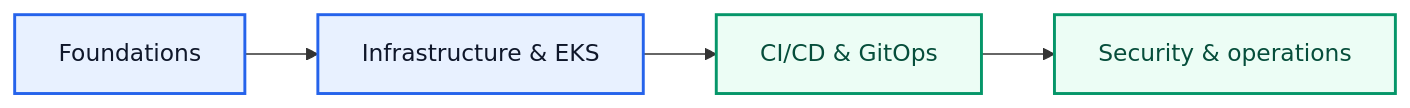
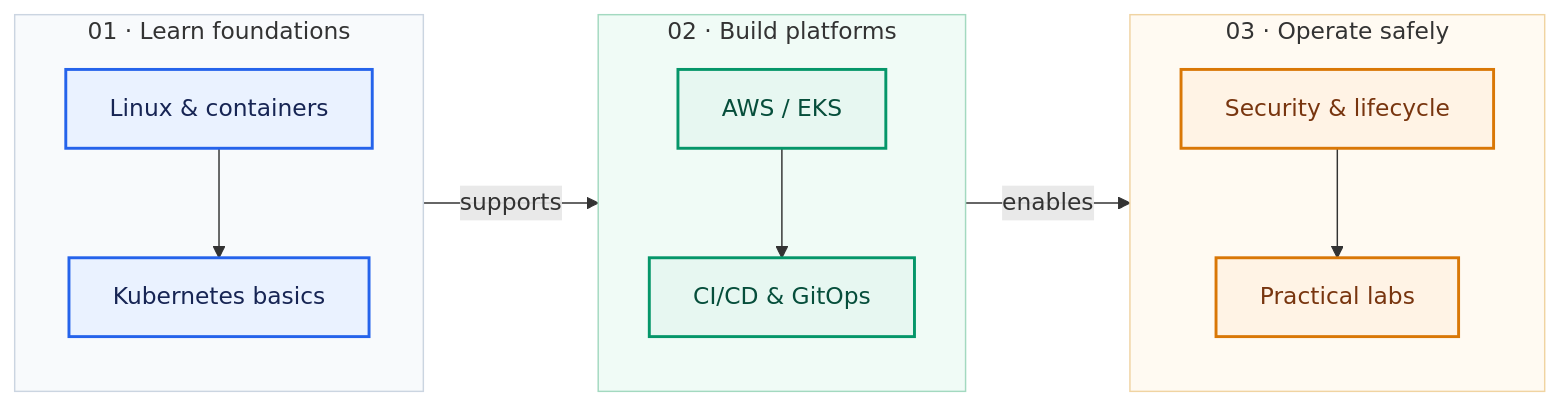
One commit to platform-engineering-labz/platform-engineering changed the diagram in book/diagram.mmd. Above: the diagram before and after it, drawn with Mermaid. The commit also changed 3 other files, not shown here.

Commit message:
docs: restructure handbook, foundations and infrastructure overview diagrams

```diff
--- a/book/diagram.mmd
+++ b/book/diagram.mmd
@@ -1,12 +1,24 @@
 flowchart LR
-  N0["Foundations"]
-  N1["Infrastructure & EKS"]
-  N0 --> N1
-  N2["CI/CD & GitOps"]
-  N1 --> N2
-  N3["Security & operations"]
-  N2 --> N3
-  classDef core fill:#E8F1FF,stroke:#2563EB,stroke-width:2px,color:#0F172A
-  classDef stage fill:#ECFDF5,stroke:#059669,stroke-width:2px,color:#064E3B
-  class N0,N1 core
-  class N2,N3 stage
+ subgraph S1["01 · Learn foundations"]
+  direction TB
+  A["Linux & containers"] --> B["Kubernetes basics"]
+ end
+ subgraph S2["02 · Build platforms"]
+  direction TB
+  C["AWS / EKS"] --> D["CI/CD & GitOps"]
+ end
+ subgraph S3["03 · Operate safely"]
+  direction TB
+  E["Security & lifecycle"] --> F["Practical labs"]
+ end
+ B -->|"supports"| C
+ D -->|"enables"| E
+ classDef blue fill:#EAF2FF,stroke:#2563EB,stroke-width:2px,color:#172554
+ classDef teal fill:#E7F7F1,stroke:#059669,stroke-width:2px,color:#064E3B
+ classDef amber fill:#FFF3E5,stroke:#D97706,stroke-width:2px,color:#78350F
+ class A,B blue
+ class C,D teal
+ class E,F amber
+ style S1 fill:#F8FAFC,stroke:#CBD5E1
+ style S2 fill:#F0FBF6,stroke:#A3D9C0
+ style S3 fill:#FFFAF2,stroke:#F0D4A2
```
